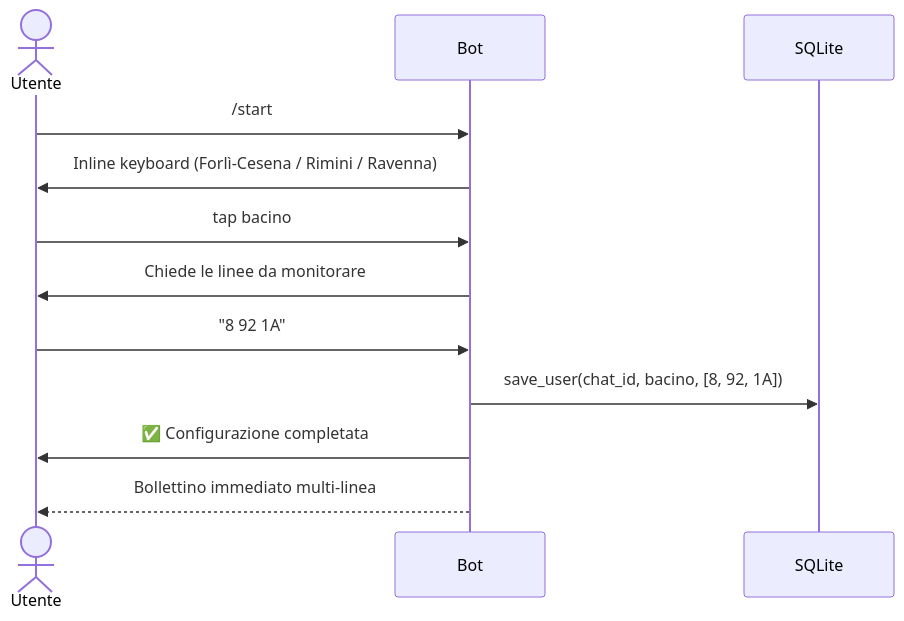
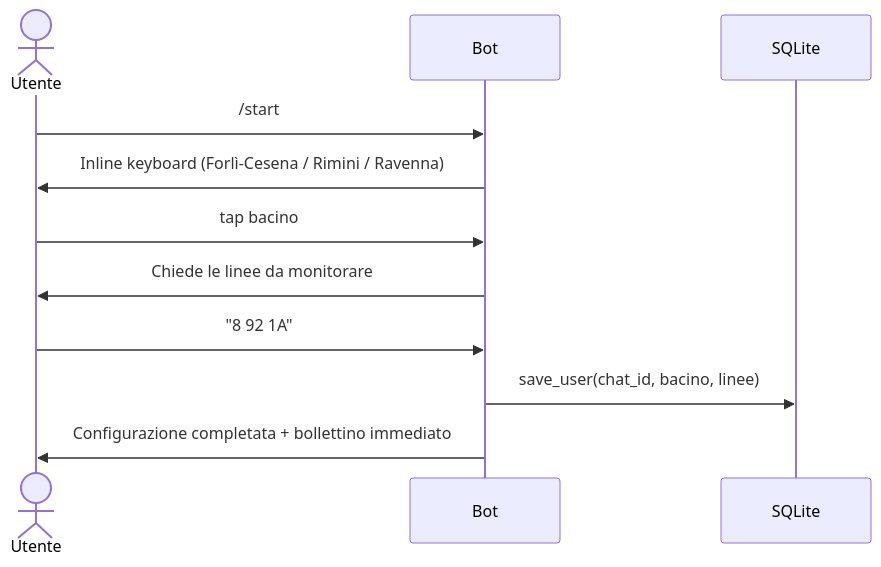
The second of 6 diagrams in README.md (Ceccaa/BusBot), drawn with Mermaid before and after one commit. The commit also changed other lines of this file and 11 other files, not shown here.

````diff
--- a/README.md
+++ b/README.md
@@ -113,15 +326,14 @@
 ```mermaid
 sequenceDiagram
     actor U as Utente
     participant B as Bot
     participant DB as SQLite
 
     U->>B: /start
     B->>U: Inline keyboard (Forlì-Cesena / Rimini / Ravenna)
     U->>B: tap bacino
     B->>U: Chiede le linee da monitorare
     U->>B: "8 92 1A"
-    B->>DB: save_user(chat_id, bacino, [8, 92, 1A])
-    B->>U: ✅ Configurazione completata
-    B-->>U: Bollettino immediato multi-linea
+    B->>DB: save_user(chat_id, bacino, linee)
+    B->>U: Configurazione completata + bollettino immediato
 ```
````
